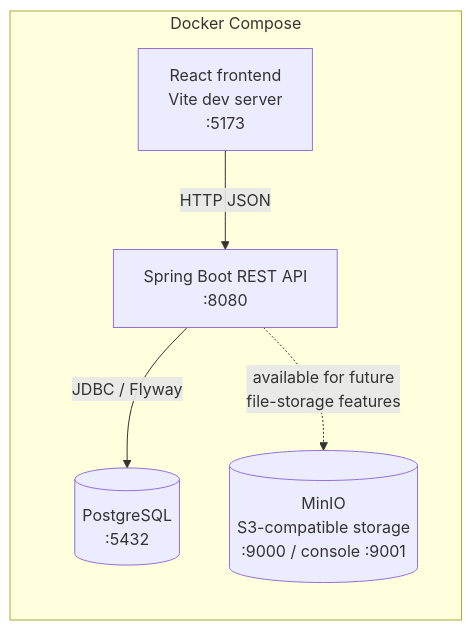
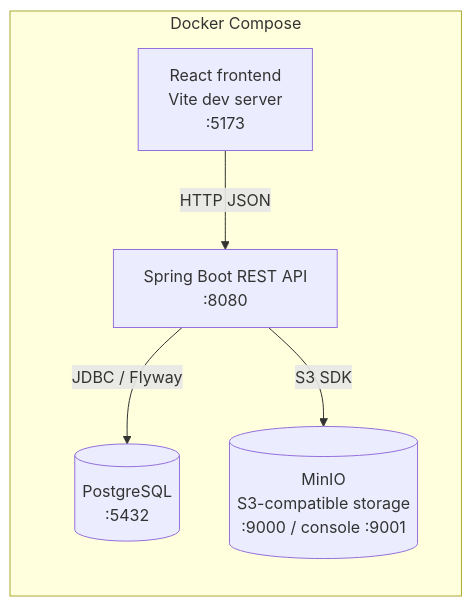
One commit to ADILRAQ/UNIHUB changed the diagram in README.md. Above: the diagram before and after it, drawn with Mermaid. The commit also changed other lines of this file and 19 other files, not shown here.

````diff
--- a/README.md
+++ b/README.md
@@ -14,13 +26,13 @@
 ```mermaid
 flowchart LR
     subgraph Docker["Docker Compose"]
         FE["React frontend<br/>Vite dev server<br/>:5173"]
         API["Spring Boot REST API<br/>:8080"]
         DB[("PostgreSQL<br/>:5432")]
         MINIO[("MinIO<br/>S3-compatible storage<br/>:9000 / console :9001")]
     end
 
     FE -->|HTTP JSON| API
     API -->|JDBC / Flyway| DB
-    API -.->|available for future<br/>file-storage features| MINIO
+    API -->|S3 SDK| MINIO
 ```
````
